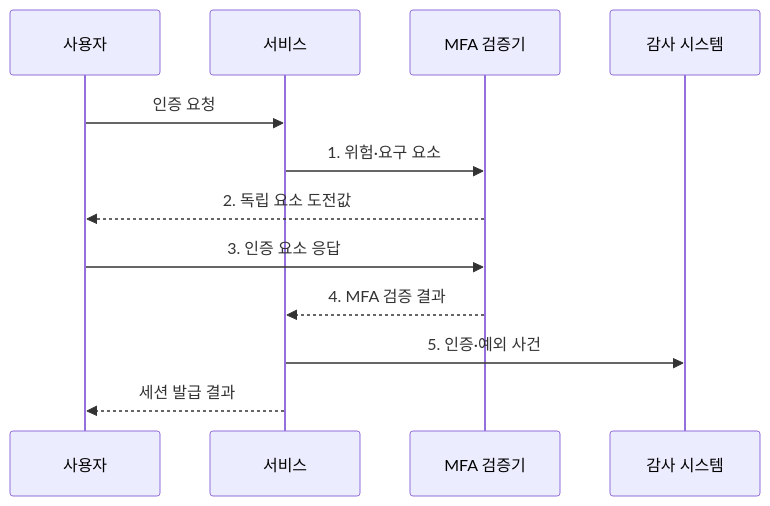
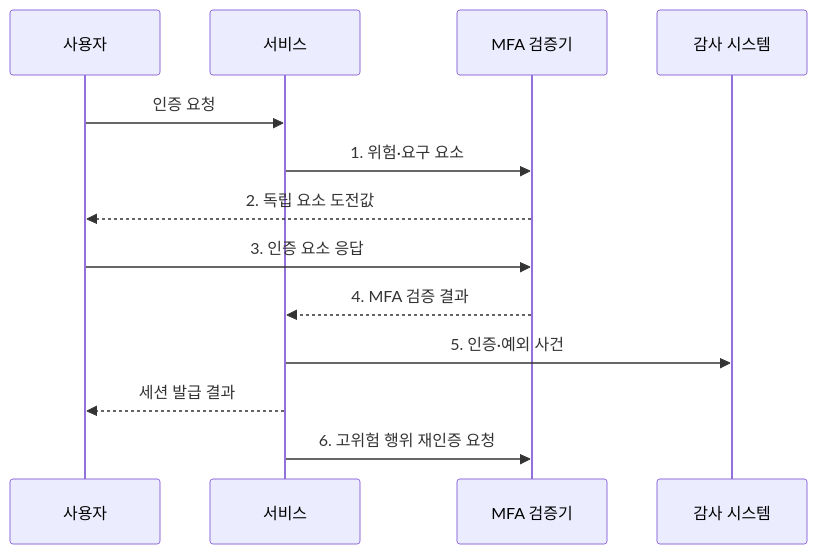
Before and after one commit to agnusdei1207/knowledge-base: the second of 2 diagrams in src/content/docs/notes/05-security/054_mfa.md, drawn with Mermaid. The commit also changed other lines of this file and 2 other files, not shown here.

````diff
--- a/src/content/docs/notes/05-security/054_mfa.md
+++ b/src/content/docs/notes/05-security/054_mfa.md
@@ -96,14 +96,15 @@
 ```mermaid
 sequenceDiagram
     participant U as 사용자
     participant S as 서비스
     participant V as MFA 검증기
     participant A as 감사 시스템
     U->>S: 인증 요청
     S->>V: 1. 위험·요구 요소
     V-->>U: 2. 독립 요소 도전값
     U->>V: 3. 인증 요소 응답
     V-->>S: 4. MFA 검증 결과
     S->>A: 5. 인증·예외 사건
     S-->>U: 세션 발급 결과
+    S->>V: 6. 고위험 행위 재인증 요청
 ```
````
